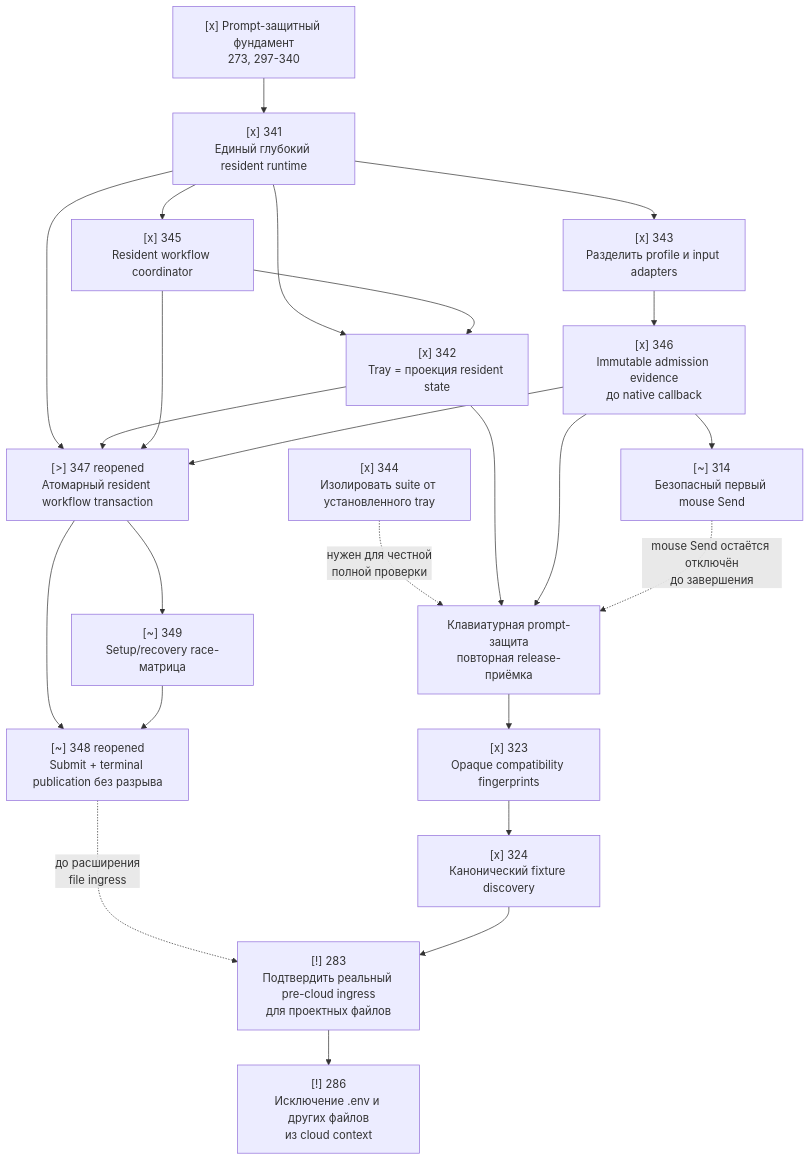
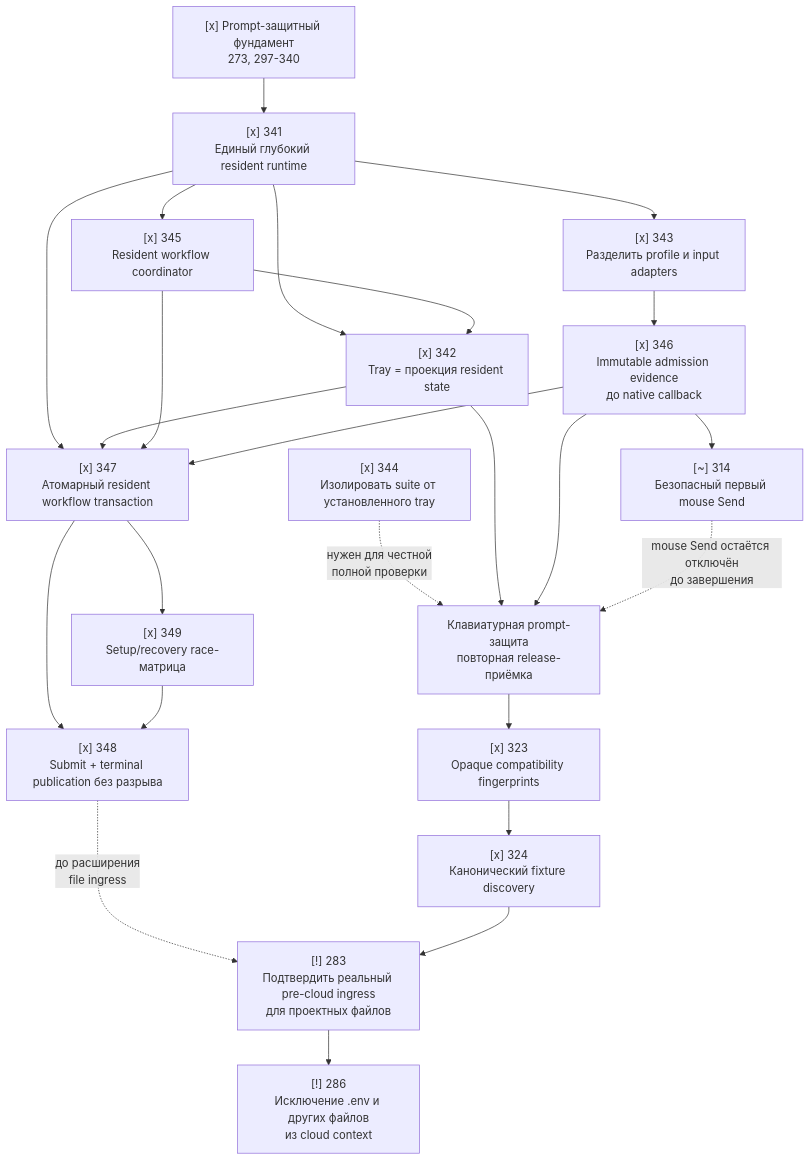
One commit to dralfus/Codex-Sanetizer changed the diagram in codex-redaction-gate-spec/DEVELOPMENT_ROADMAP.md. Above: the diagram before and after it, drawn with Mermaid. The commit also changed other lines of this file and 5 other files, not shown here.

Commit message:
Complete resident workflow race proof

````diff
--- a/codex-redaction-gate-spec/DEVELOPMENT_ROADMAP.md
+++ b/codex-redaction-gate-spec/DEVELOPMENT_ROADMAP.md
@@ -36,43 +36,43 @@
 ```mermaid
 flowchart TD
     Done["[x] Prompt-защитный фундамент\n273, 297-340"]
     R341["[x] 341\nЕдиный глубокий resident runtime"]
     R342["[x] 342\nTray = проекция resident state"]
     R345["[x] 345\nResident workflow coordinator"]
     R343["[x] 343\nРазделить profile и input adapters"]
     T344["[x] 344\nИзолировать suite от установленного tray"]
     R346["[x] 346\nImmutable admission evidence\nдо native callback"]
-    A347["[>] 347 reopened\nАтомарный resident workflow transaction"]
-    A348["[~] 348 reopened\nSubmit + terminal publication без разрыва"]
-    A349["[~] 349\nSetup/recovery race-матрица"]
+    A347["[x] 347\nАтомарный resident workflow transaction"]
+    A348["[x] 348\nSubmit + terminal publication без разрыва"]
+    A349["[x] 349\nSetup/recovery race-матрица"]
     R314["[~] 314\nБезопасный первый mouse Send"]
     Keyboard["Клавиатурная prompt-защита\nповторная release-приёмка"]
     R323["[x] 323\nOpaque compatibility fingerprints"]
     R324["[x] 324\nКанонический fixture discovery"]
     Ingress["[!] 283\nПодтвердить реальный pre-cloud ingress\nдля проектных файлов"]
     Files["[!] 286\nИсключение .env и других файлов\nиз cloud context"]
 
     Done --> R341
     R341 --> R342
     R341 --> R345
     R345 --> R342
     R341 --> R343
     R343 --> R346
     R346 --> R314
     R341 --> A347
     R342 --> A347
     R345 --> A347
     R346 --> A347
     A347 --> A348
     A347 --> A349
     A349 --> A348
     T344 -. "нужен для честной\nполной проверки" .-> Keyboard
     R342 --> Keyboard
     R346 --> Keyboard
     R314 -. "mouse Send остаётся отключён\nдо завершения" .-> Keyboard
     Keyboard --> R323
     R323 --> R324
     A348 -. "до расширения\nfile ingress" .-> Ingress
     R324 --> Ingress
     Ingress --> Files
 ```
````
